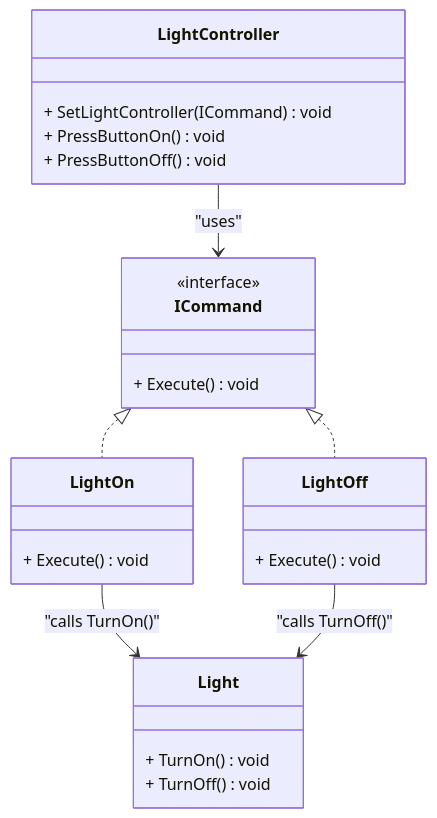
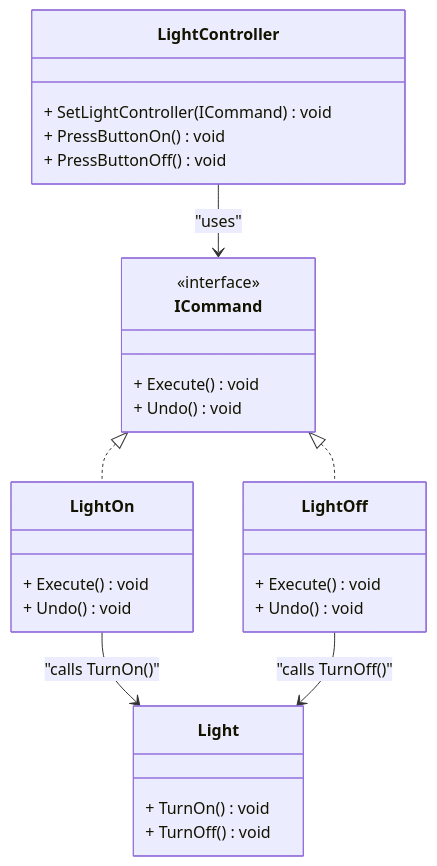
Before and after one commit to haddinz/bootcamp-csharp: the diagram in CommandDesignPatern/CommandDesignPatternDiagram.md, drawn with Mermaid. The commit also changed 2 other files, not shown here.

Commit message:
refactoring diagram

````diff
--- a/CommandDesignPatern/CommandDesignPatternDiagram.md
+++ b/CommandDesignPatern/CommandDesignPatternDiagram.md
@@ -1,32 +1,35 @@
 ```mermaid
 classDiagram
     class ICommand {
         <<interface>>
         + Execute() void
+        + Undo() void
     }
 
     class Light {
         + TurnOn() void
         + TurnOff() void
     }
 
     class LightOn {
         + Execute() void
+        + Undo() void
     }
 
     class LightOff {
         + Execute() void
+        + Undo() void
     }
 
     class LightController {
         + SetLightController(ICommand) void
         + PressButtonOn() void
         + PressButtonOff() void
     }
 
     ICommand <|.. LightOn
     ICommand <|.. LightOff
     LightOn --> Light : "calls TurnOn()"
     LightOff --> Light : "calls TurnOff()"
     LightController --> ICommand : "uses"
 ```
````
